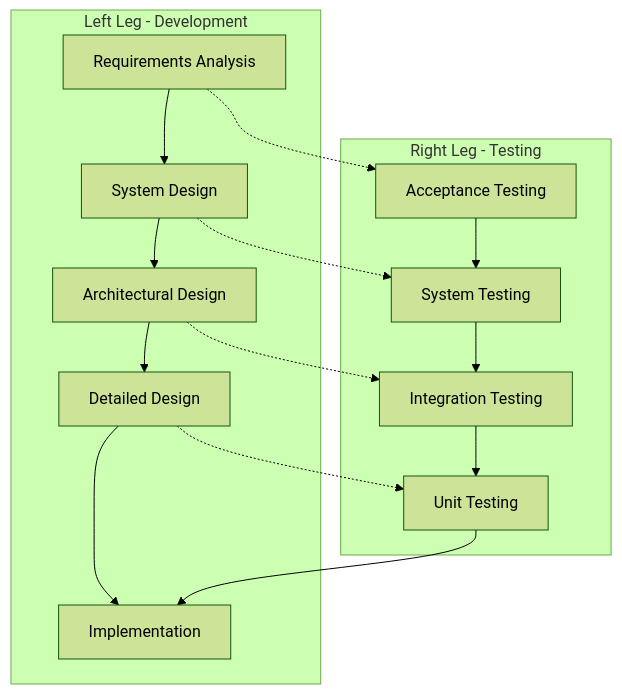
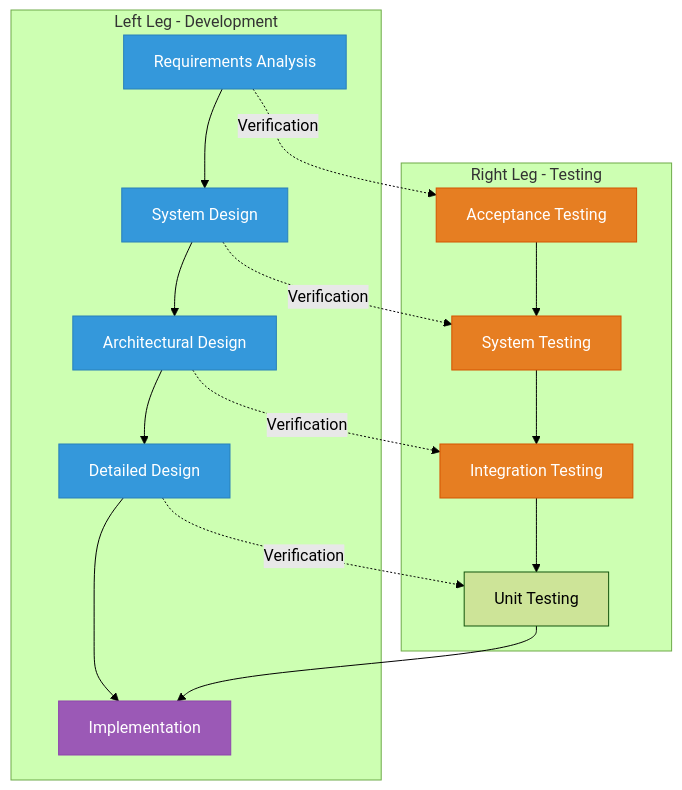
One commit to Raushan666java/ai-engineering-journey changed the third of 8 diagrams in docs/courses/software-engineering/01-process-models.md. Above: the diagram before and after it, drawn with Mermaid (forest theme). The commit also changed other lines of this file and 15 other files, not shown here.

Commit message:
deploy: software-engineering overhaul - 16 chapters expanded to avg 1284L (+7649L), richer Mermaid, more TS, deeper content

````diff
--- a/docs/courses/software-engineering/01-process-models.md
+++ b/docs/courses/software-engineering/01-process-models.md
@@ -74,19 +105,26 @@
 ```mermaid
 graph TD
     subgraph "Left Leg - Development"
         A[Requirements Analysis] --> B[System Design]
         B --> C[Architectural Design]
         C --> D[Detailed Design]
         D --> E[Implementation]
     end
     subgraph "Right Leg - Testing"
         F[Acceptance Testing] --> G[System Testing]
         G --> H[Integration Testing]
         H --> I[Unit Testing]
         I --> E
     end
-    A -.-> F
-    B -.-> G
-    C -.-> H
-    D -.-> I
+    A -.->|Verification| F
+    B -.->|Verification| G
+    C -.->|Verification| H
+    D -.->|Verification| I
+
+    classDef dev fill:#3498db,stroke:#2980b9,color:#fff
+    classDef test fill:#e67e22,stroke:#d35400,color:#fff
+    classDef impl fill:#9b59b6,stroke:#8e44ad,color:#fff
+    class A,B,C,D dev
+    class F,G,H test
+    class E impl
 ```
````
